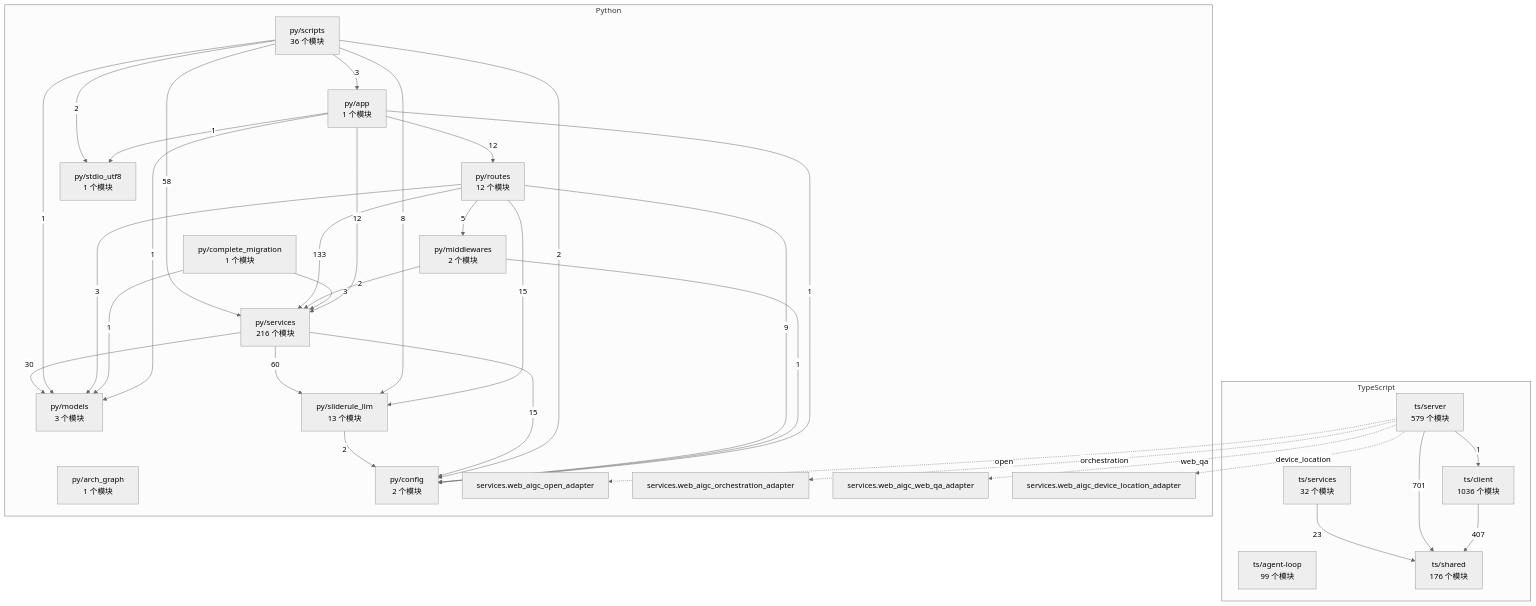
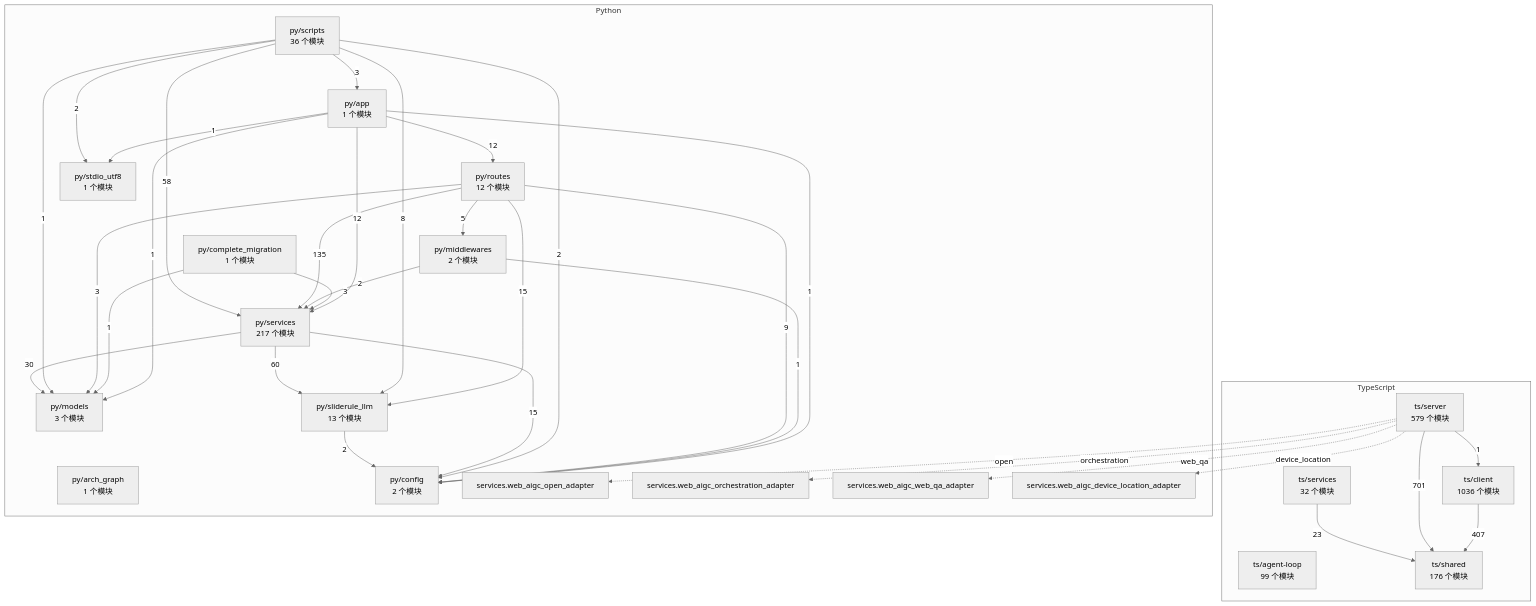
One commit to 2686521696/WhyBuddy changed the diagram in docs/WhyBuddy 全仓架构图（自动生成）.md. Above: the diagram before and after it, drawn with Mermaid (neutral theme). The commit also changed 7 other files, not shown here.

````diff
--- a/docs/WhyBuddy 全仓架构图（自动生成）.md
+++ b/docs/WhyBuddy 全仓架构图（自动生成）.md
@@ -14,59 +14,59 @@
 ```mermaid
 flowchart TB
   subgraph ts [TypeScript]
     ts_agent_loop["ts/agent-loop<br/>99 个模块"]
     ts_client["ts/client<br/>1036 个模块"]
     ts_server["ts/server<br/>579 个模块"]
     ts_services["ts/services<br/>32 个模块"]
     ts_shared["ts/shared<br/>176 个模块"]
   end
   subgraph py [Python]
     py_app["py/app<br/>1 个模块"]
     py_arch_graph["py/arch_graph<br/>1 个模块"]
     py_complete_migration["py/complete_migration<br/>1 个模块"]
     py_config["py/config<br/>2 个模块"]
     py_middlewares["py/middlewares<br/>2 个模块"]
     py_models["py/models<br/>3 个模块"]
     py_routes["py/routes<br/>12 个模块"]
     py_scripts["py/scripts<br/>36 个模块"]
-    py_services["py/services<br/>216 个模块"]
+    py_services["py/services<br/>217 个模块"]
     py_sliderule_llm["py/sliderule_llm<br/>13 个模块"]
     py_stdio_utf8["py/stdio_utf8<br/>1 个模块"]
     py_services_web_aigc_open_adapter["services.web_aigc_open_adapter"]
     py_services_web_aigc_orchestration_adapter["services.web_aigc_orchestration_adapter"]
     py_services_web_aigc_web_qa_adapter["services.web_aigc_web_qa_adapter"]
     py_services_web_aigc_device_location_adapter["services.web_aigc_device_location_adapter"]
   end
   ts_client -->|407| ts_shared
   ts_server -->|1| ts_client
   ts_server -->|701| ts_shared
   ts_services -->|23| ts_shared
   py_app -->|1| py_config
   py_app -->|1| py_models
   py_app -->|12| py_routes
   py_app -->|12| py_services
   py_app -->|1| py_stdio_utf8
   py_complete_migration -->|1| py_models
   py_complete_migration -->|3| py_services
   py_middlewares -->|1| py_config
   py_middlewares -->|2| py_services
   py_routes -->|9| py_config
   py_routes -->|5| py_middlewares
   py_routes -->|3| py_models
-  py_routes -->|133| py_services
+  py_routes -->|135| py_services
   py_routes -->|15| py_sliderule_llm
   py_scripts -->|3| py_app
   py_scripts -->|2| py_config
   py_scripts -->|1| py_models
   py_scripts -->|58| py_services
   py_scripts -->|8| py_sliderule_llm
   py_scripts -->|2| py_stdio_utf8
   py_services -->|15| py_config
   py_services -->|30| py_models
   py_services -->|60| py_sliderule_llm
   py_sliderule_llm -->|2| py_config
   ts_server -.->|open| py_services_web_aigc_open_adapter
   ts_server -.->|orchestration| py_services_web_aigc_orchestration_adapter
   ts_server -.->|web_qa| py_services_web_aigc_web_qa_adapter
   ts_server -.->|device_location| py_services_web_aigc_device_location_adapter
 ```
````
